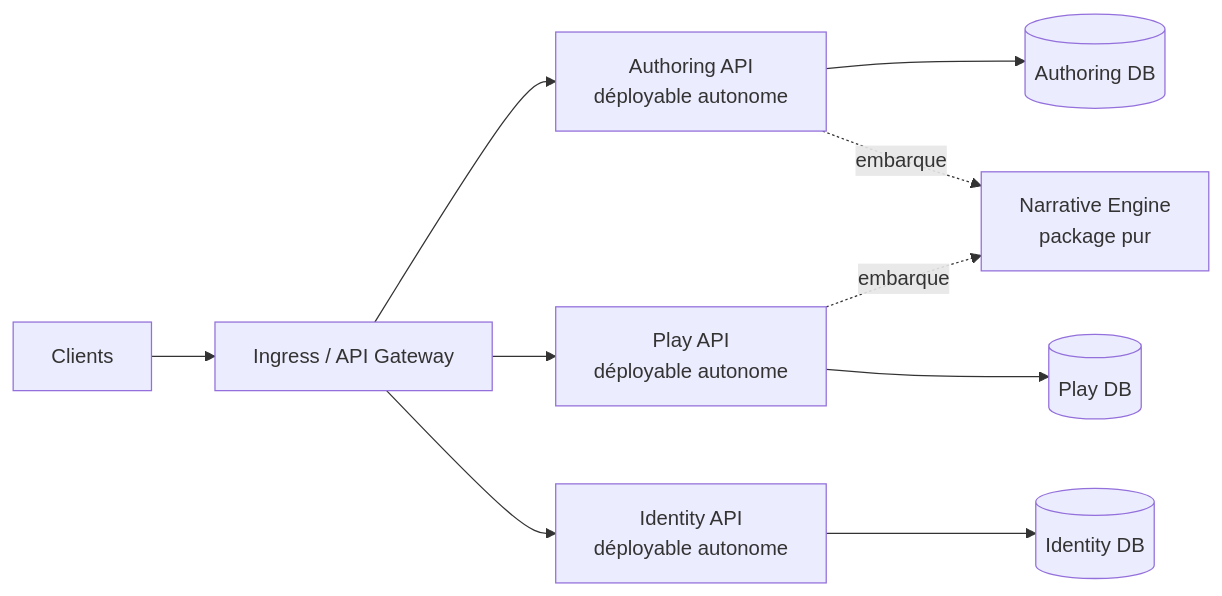
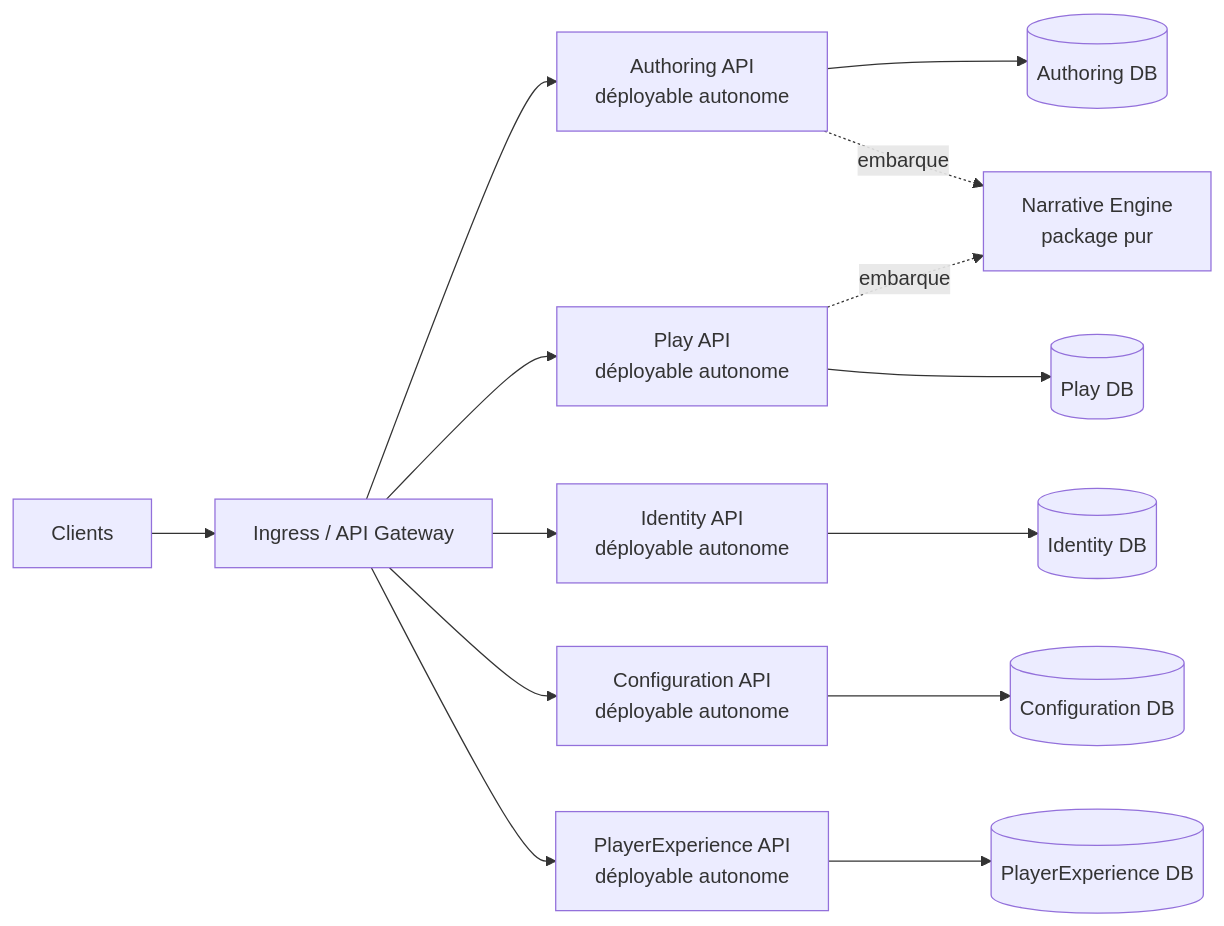
Before and after one commit to JordanLacroix/GenEngine: the diagram in README.md, drawn with Mermaid. The commit also changed other lines of this file and 79 other files, not shown here.

````diff
--- a/README.md
+++ b/README.md
@@ -145,12 +149,16 @@
 ```mermaid
 flowchart LR
     CLIENT["Clients"] --> EDGE["Ingress / API Gateway"]
     EDGE --> AUTHORING["Authoring API<br/>déployable autonome"]
     EDGE --> PLAY["Play API<br/>déployable autonome"]
     EDGE --> IDENTITY["Identity API<br/>déployable autonome"]
+    EDGE --> CONFIG["Configuration API<br/>déployable autonome"]
+    EDGE --> PLAYER["PlayerExperience API<br/>déployable autonome"]
     AUTHORING --> AUTHORDB[("Authoring DB")]
     PLAY --> PLAYDB[("Play DB")]
     IDENTITY --> IDENTITYDB[("Identity DB")]
+    CONFIG --> CONFIGDB[("Configuration DB")]
+    PLAYER --> PLAYERDB[("PlayerExperience DB")]
     AUTHORING -. embarque .-> NARRATIVE["Narrative Engine<br/>package pur"]
     PLAY -. embarque .-> NARRATIVE
 ```
````
